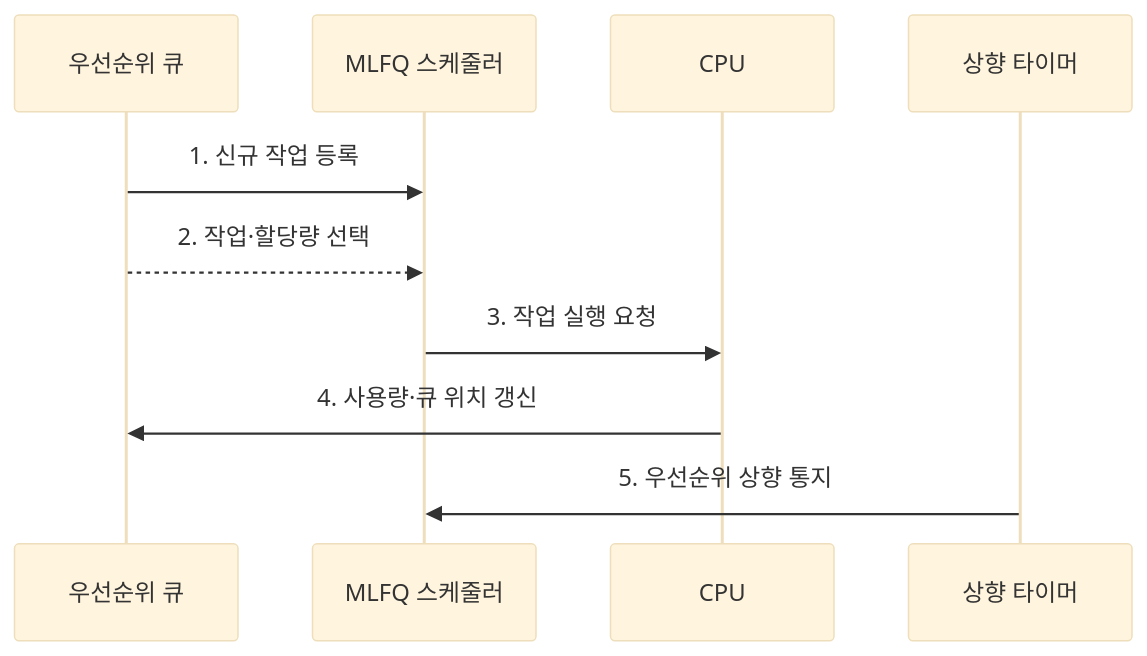
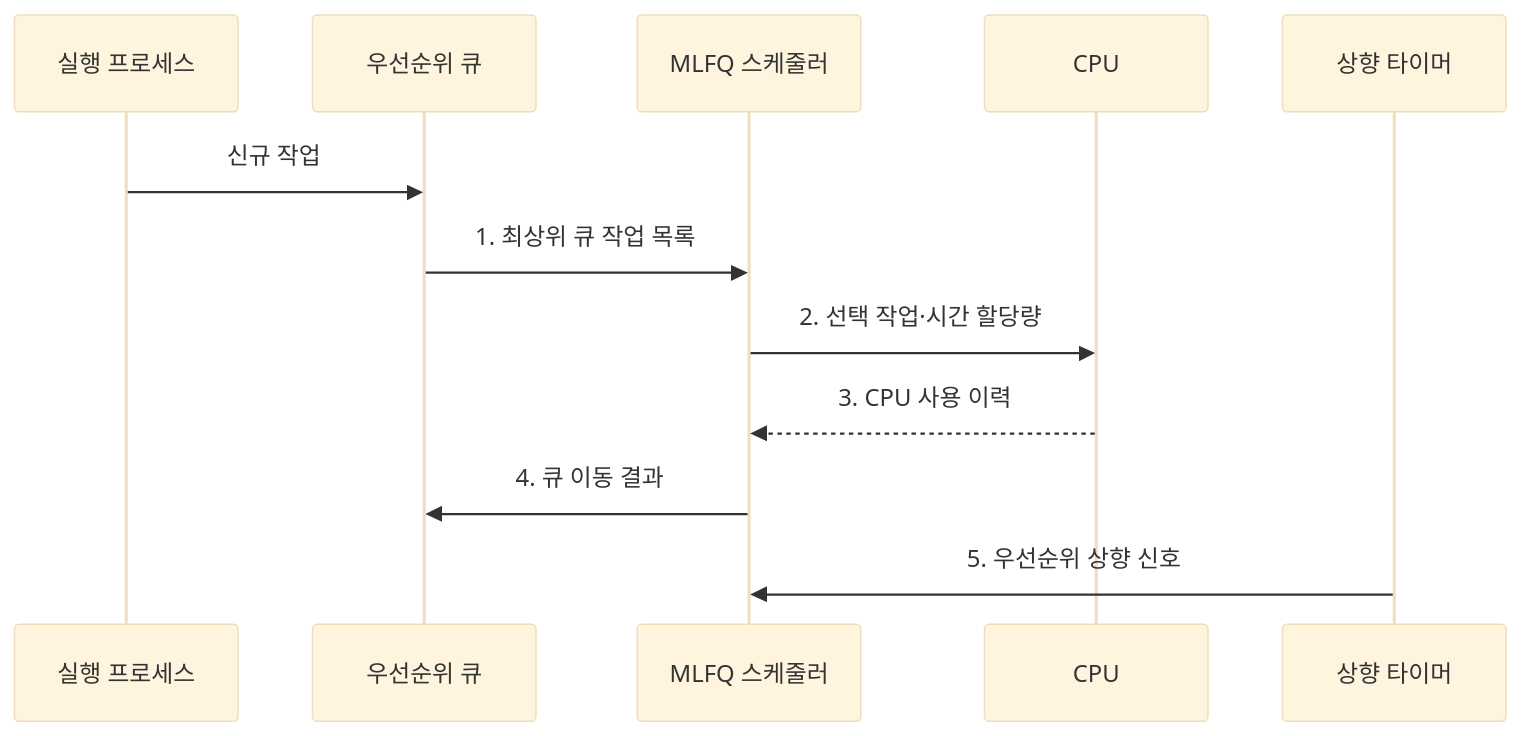
One commit to agnusdei1207/knowledge-base changed the second of 2 diagrams in src/content/docs/notes/03-software/005_mlfq.md. Above: the diagram before and after it, drawn with Mermaid (base theme). The commit also changed other lines of this file and 20 other files, not shown here.

````diff
--- a/src/content/docs/notes/03-software/005_mlfq.md
+++ b/src/content/docs/notes/03-software/005_mlfq.md
@@ -86,12 +90,14 @@
 ```mermaid
 sequenceDiagram
+    participant P as 실행 프로세스
     participant Q as 우선순위 큐
     participant S as MLFQ 스케줄러
     participant C as CPU
     participant T as 상향 타이머
-    Q->>S: 1. 신규 작업 등록
-    Q-->>S: 2. 작업·할당량 선택
-    S->>C: 3. 작업 실행 요청
-    C->>Q: 4. 사용량·큐 위치 갱신
-    T->>S: 5. 우선순위 상향 통지
+    P->>Q: 신규 작업
+    Q->>S: 1. 최상위 큐 작업 목록
+    S->>C: 2. 선택 작업·시간 할당량
+    C-->>S: 3. CPU 사용 이력
+    S->>Q: 4. 큐 이동 결과
+    T->>S: 5. 우선순위 상향 신호
 ```
````
